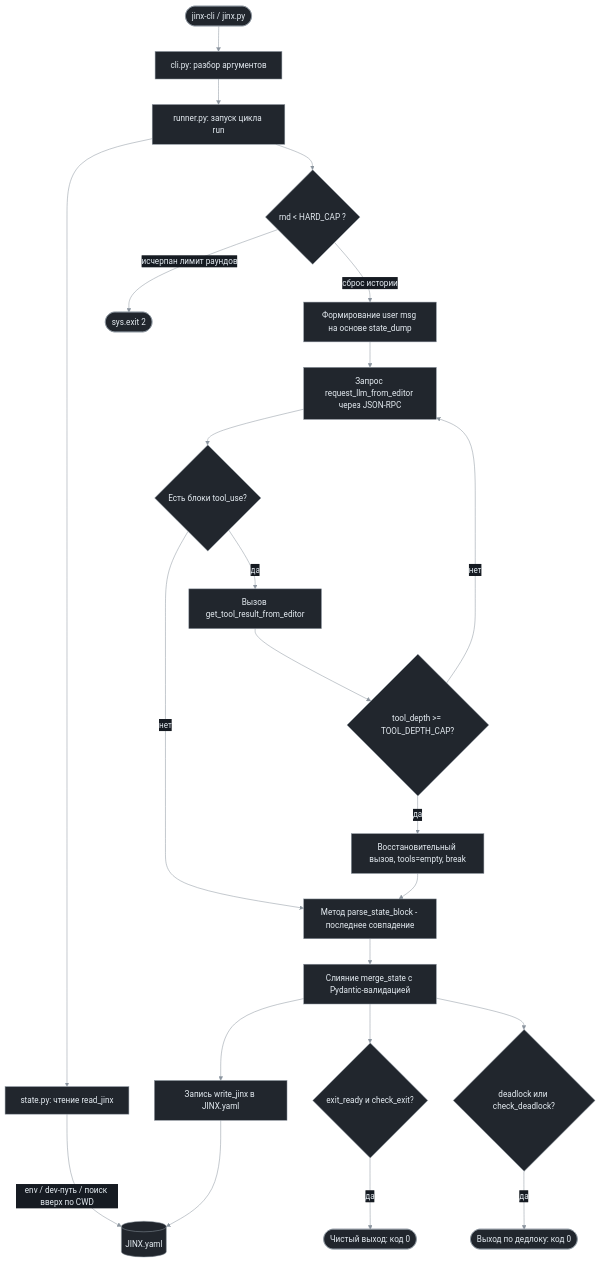
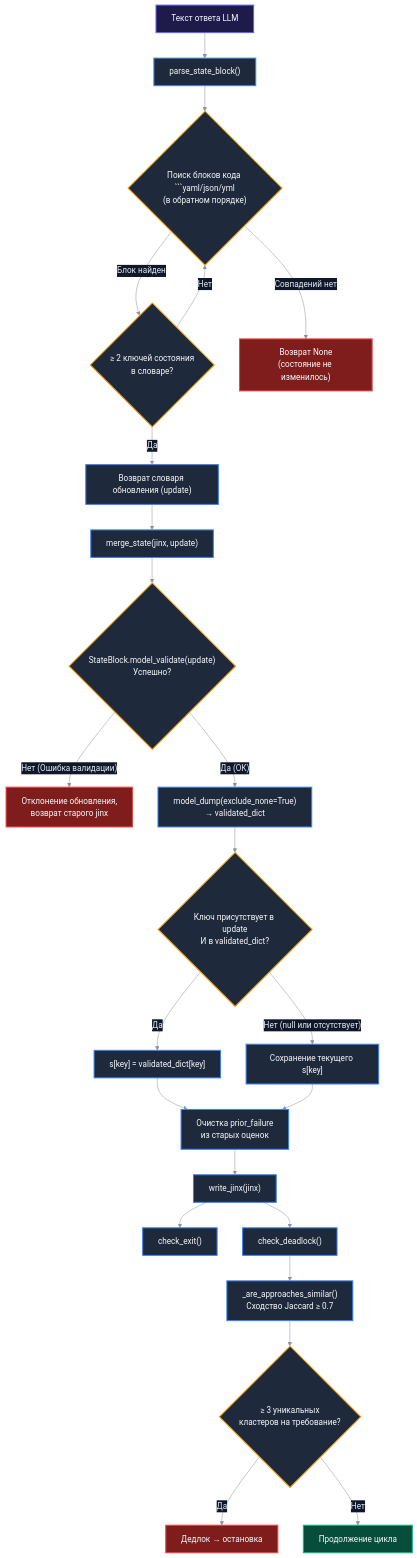
One commit to machinegpt/agent changed the third of 5 diagrams in README_RU.md. Above: the diagram before and after it, drawn with Mermaid. The commit also changed other lines of this file and 9 other files, not shown here.

````diff
--- a/README_RU.md
+++ b/README_RU.md
@@ -226,26 +226,34 @@
 ```mermaid
-%%{init: {'theme': 'base', 'themeVariables': {"darkMode": true, "background": "#0d1117", "primaryColor": "#21262d", "primaryTextColor": "#e6edf3", "primaryBorderColor": "#8b949e", "lineColor": "#8b949e", "textColor": "#e6edf3", "edgeLabelBackground": "#161b22", "actorBkg": "#21262d", "actorBorder": "#8b949e", "actorTextColor": "#e6edf3", "actorLineColor": "#8b949e", "signalColor": "#8b949e", "signalTextColor": "#e6edf3", "noteBkgColor": "#373320", "noteBorderColor": "#d4a72c", "noteTextColor": "#f0e6c0", "labelBoxBkgColor": "#21262d", "labelBoxBorderColor": "#8b949e", "labelTextColor": "#e6edf3", "loopTextColor": "#e6edf3", "activationBkgColor": "#30363d", "activationBorderColor": "#8b949e"}}}%%
+%%{init: {'theme': 'base', 'themeVariables': {"darkMode": true, "primaryColor": "#1e293b", "primaryTextColor": "#e6edf3", "primaryBorderColor": "#3b82f6", "lineColor": "#8b949e", "textColor": "#e6edf3", "edgeLabelBackground": "#0f172a"}}}%%
 flowchart TD
-    A([jinx-cli / jinx.py]) --> B[cli.py: разбор аргументов]
-    B --> C[runner.py: запуск цикла run]
-    C --> D[state.py: чтение read_jinx]
-    D -->|env / dev-путь / поиск вверх по CWD| E[(JINX.yaml)]
-    C --> F{rnd < HARD_CAP ?}
-    F -->|сброс истории| G[Формирование user msg на основе state_dump]
-    G --> H[Запрос request_llm_from_editor через JSON-RPC]
-    H --> I{Есть блоки tool_use?}
-    I -->|да| J[Вызов get_tool_result_from_editor]
-    J --> K{tool_depth >= TOOL_DEPTH_CAP?}
-    K -->|да| L[Восстановительный вызов, tools=empty, break]
-    K -->|нет| H
-    I -->|нет| M[Метод parse_state_block - последнее совпадение]
-    L --> M
-    M --> N[Слияние merge_state с Pydantic-валидацией]
-    N --> O[Запись write_jinx в JINX.yaml]
-    O --> E
-    N --> P{exit_ready и check_exit?}
-    P -->|да| Q([Чистый выход: код 0])
-    N --> S{deadlock или check_deadlock?}
-    S -->|да| T([Выход по дедлоку: код 0])
-    F -->|исчерпан лимит раундов| U([sys.exit 2])
+    classDef start fill:#1e1b4b,stroke:#6366f1,stroke-width:2px,color:#f8fafc;
+    classDef process fill:#1e293b,stroke:#3b82f6,stroke-width:2px,color:#f8fafc;
+    classDef decision fill:#1e293b,stroke:#f59e0b,stroke-width:2px,color:#f8fafc;
+    classDef success fill:#064e3b,stroke:#10b981,stroke-width:2px,color:#f8fafc;
+    classDef danger fill:#7f1d1d,stroke:#ef4444,stroke-width:2px,color:#f8fafc;
+
+    A["Текст ответа LLM"]:::start --> B["parse_state_block()"]:::process
+    B --> C{"Поиск блоков кода ```yaml/json/yml<br/>(в обратном порядке)"}:::decision
+    C -->|"Блок найден"| D{"≥ 2 ключей состояния<br/>в словаре?"}:::decision
+    D -->|"Да"| E["Возврат словаря обновления (update)"]:::process
+    D -->|"Нет"| C
+    C -->|"Совпадений нет"| F["Возврат None<br/>(состояние не изменилось)"]:::danger
+
+    E --> G["merge_state(jinx, update)"]:::process
+    G --> H{"StateBlock.model_validate(update)<br/>Успешно?"}:::decision
+    H -->|"Нет (Ошибка валидации)"| I["Отклонение обновления,<br/>возврат старого jinx"]:::danger
+    H -->|"Да (ОК)"| J["model_dump(exclude_none=True)<br/>→ validated_dict"]:::process
+    J --> K{"Ключ присутствует в update<br/>И в validated_dict?"}:::decision
+    K -->|"Да"| L["s[key] = validated_dict[key]"]:::process
+    K -->|"Нет (null или отсутствует)"| M["Сохранение текущего s[key]"]:::process
+    L --> N["Очистка prior_failure<br/>из старых оценок"]:::process
+    M --> N
+    N --> O["write_jinx(jinx)"]:::process
+
+    O --> P["check_exit()"]:::process
+    O --> Q["check_deadlock()"]:::process
+    Q --> R["_are_approaches_similar()<br/>Сходство Jaccard ≥ 0.7"]:::process
+    R --> S{"≥ 3 уникальных<br/>кластеров на требование?"}:::decision
+    S -->|"Да"| T["Дедлок → остановка"]:::danger
+    S -->|"Нет"| U["Продолжение цикла"]:::success
 ```
````
